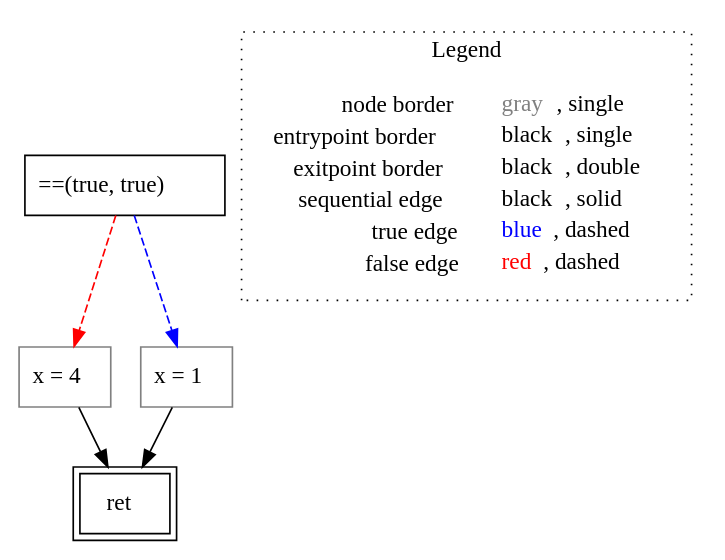
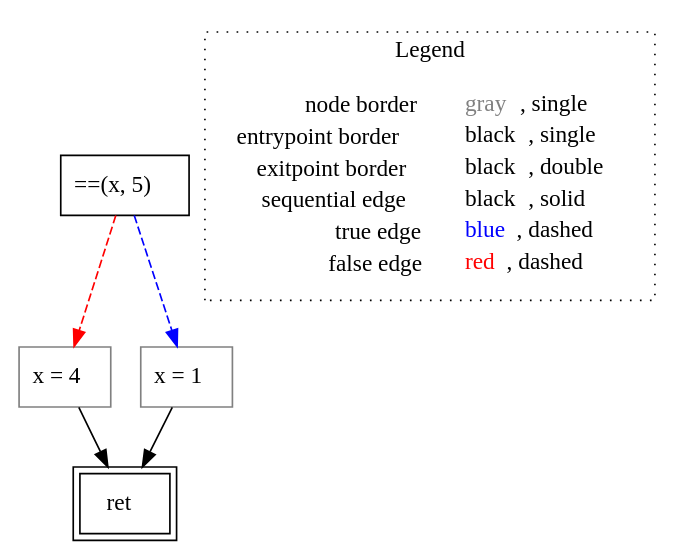
Before and after one commit to VincenzoArceri/rust-lisa: the diagram in rust-lisa/rust-testcases/cfg/if-else/untyped_rust-testcases_cfg_if-else_if-else.rs.main().dot, drawn with Graphviz. The commit also changed 6 other files, not shown here.

```diff
--- a/rust-lisa/rust-testcases/cfg/if-else/untyped_rust-testcases_cfg_if-else_if-else.rs.main().dot
+++ b/rust-lisa/rust-testcases/cfg/if-else/untyped_rust-testcases_cfg_if-else_if-else.rs.main().dot
@@ -1,17 +1,17 @@
 digraph {
-	"node0" [shape="rect",color="black",label=<==(true, true)>];
+	"node0" [shape="rect",color="black",label=<==(x, 5)>];
 	"node1" [shape="rect",color="gray",label=<x = 4>];
 	"node2" [shape="rect",color="black",peripheries="2",label=<ret>];
 	"node3" [shape="rect",color="gray",label=<x = 1>];
 	"node1" -> "node2" [color="black"];
-	"node3" -> "node2" [color="black"];
 	"node0" -> "node1" [color="red",style="dashed"];
 	"node0" -> "node3" [color="blue",style="dashed"];
+	"node3" -> "node2" [color="black"];
 subgraph cluster_legend {
 	label="Legend";
 	style=dotted;
 	node [shape=plaintext];
 	"legend" [label=<<table border="0" cellpadding="2" cellspacing="0" cellborder="0"><tr><td align="right">node border&nbsp;</td><td align="left"><font color="gray">gray</font>, single</td></tr><tr><td align="right">entrypoint border&nbsp;</td><td align="left"><font color="black">black</font>, single</td></tr><tr><td align="right">exitpoint border&nbsp;</td><td align="left"><font color="black">black</font>, double</td></tr><tr><td align="right">sequential edge&nbsp;</td><td align="left"><font color="black">black</font>, solid</td></tr><tr><td align="right">true edge&nbsp;</td><td align="left"><font color="blue">blue</font>, dashed</td></tr><tr><td align="right">false edge&nbsp;</td><td align="left"><font color="red">red</font>, dashed</td></tr></table>>];
 }
 
 }
```
